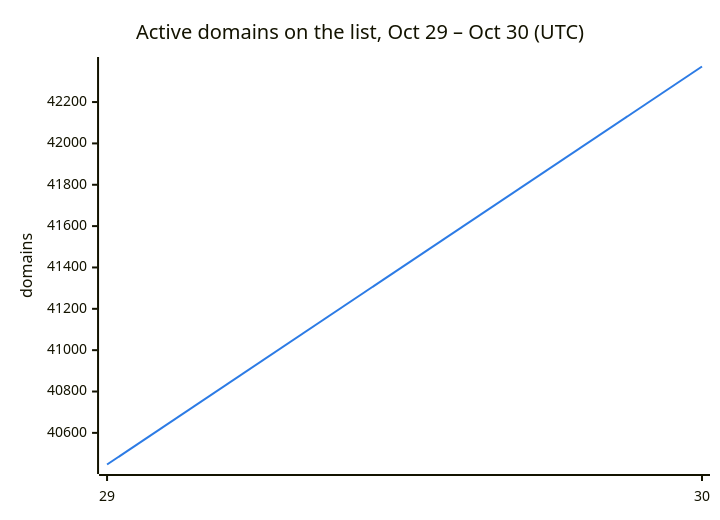
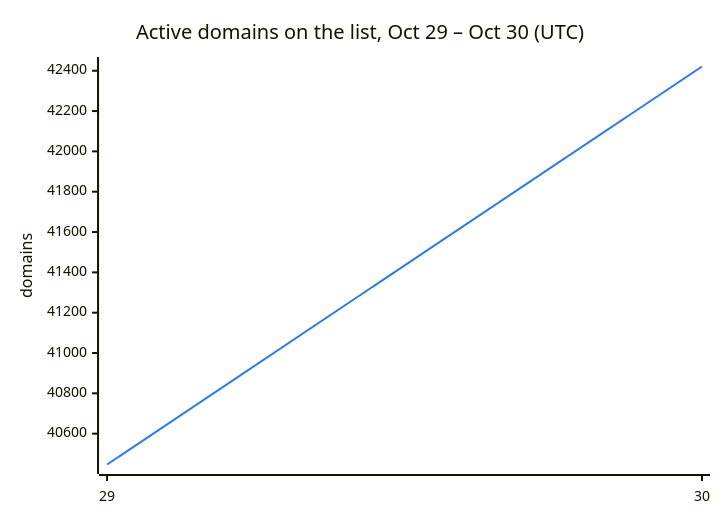
One commit to DNSBunker/CTI changed the second of 3 diagrams in README.md. Above: the diagram before and after it, drawn with Mermaid. The commit also changed other lines of this file and 3 other files, not shown here.

````diff
--- a/README.md
+++ b/README.md
@@ -38,8 +38,8 @@
 ```mermaid
 %%{init: {"themeVariables": {"xyChart": {"plotColorPalette": "#2c7be5"}}}}%%
 xychart-beta
     title "Active domains on the list, Oct 29 – Oct 30 (UTC)"
     x-axis ["29", "30"]
     y-axis "domains"
-    line [40447, 42372]
+    line [40447, 42421]
 ```
````
